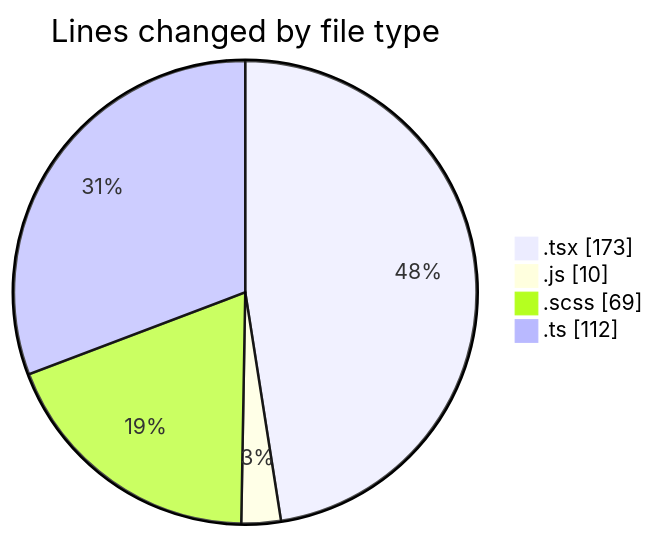
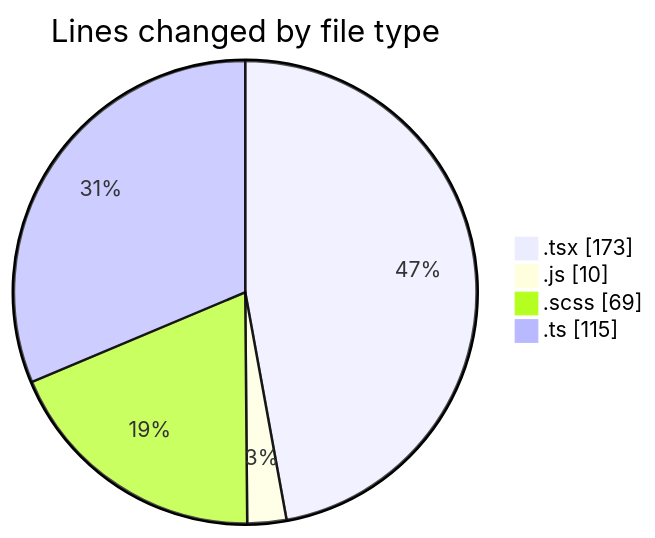
One commit to momahboobian/code-tracking changed the first of 2 diagrams in 2026-08-25/cda/README.md. Above: the diagram before and after it, drawn with Mermaid. The commit also changed other lines of this file and 1 other file, not shown here.

````diff
--- a/2026-08-25/cda/README.md
+++ b/2026-08-25/cda/README.md
@@ -27,8 +27,8 @@
 ```mermaid
 pie showData
 title Lines changed by file type
 ".tsx" : 173
 ".js" : 10
 ".scss" : 69
-".ts" : 112
+".ts" : 115
 ```
````
